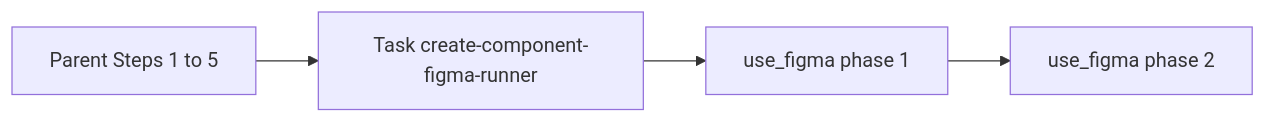
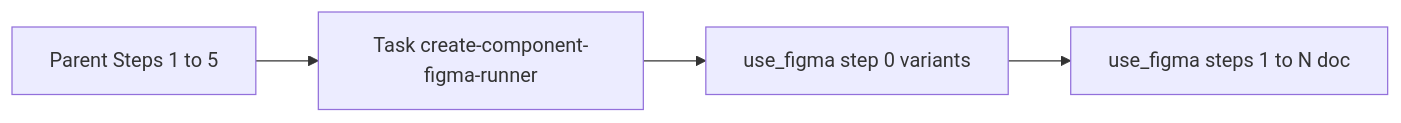
Before and after one commit to JBabcock-DL/DesignOps-plugin: the diagram in skills/create-component/conventions/08-cursor-composer-mcp.md, drawn with Mermaid. The commit also changed other lines of this file and 40 other files, not shown here.

````diff
--- a/skills/create-component/conventions/08-cursor-composer-mcp.md
+++ b/skills/create-component/conventions/08-cursor-composer-mcp.md
@@ -54,10 +54,10 @@
 ```mermaid
 flowchart LR
   parent[Parent Steps 1 to 5]
   taskNode[Task create-component-figma-runner]
-  mcp1[use_figma phase 1]
-  mcp2[use_figma phase 2]
+  mcp0[use_figma step 0 variants]
+  mcpN[use_figma steps 1 to N doc]
   parent --> taskNode
-  taskNode --> mcp1
-  mcp1 --> mcp2
+  taskNode --> mcp0
+  mcp0 --> mcpN
 ```
````
